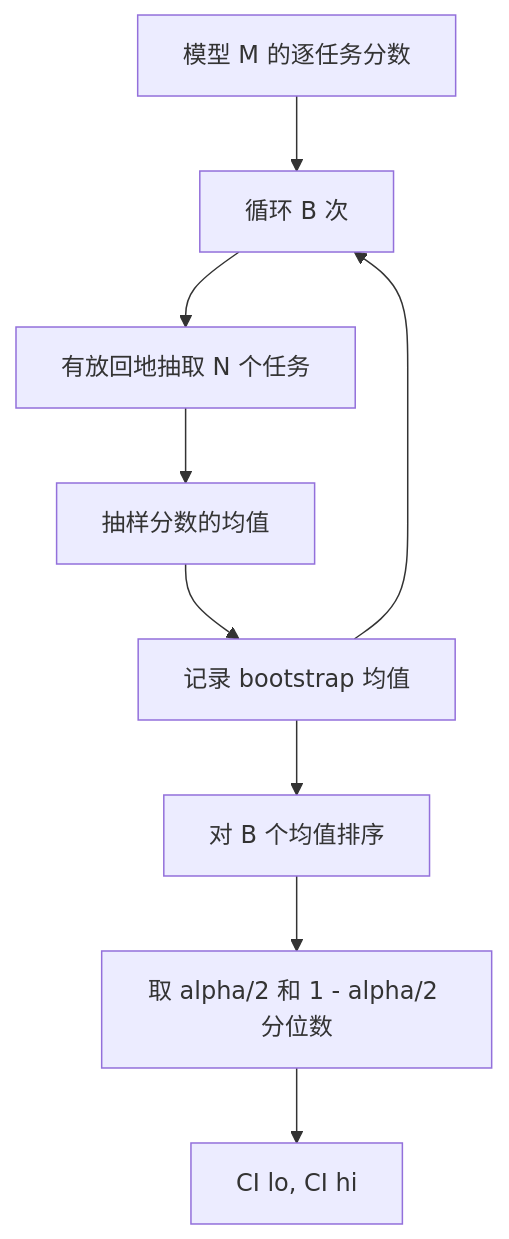
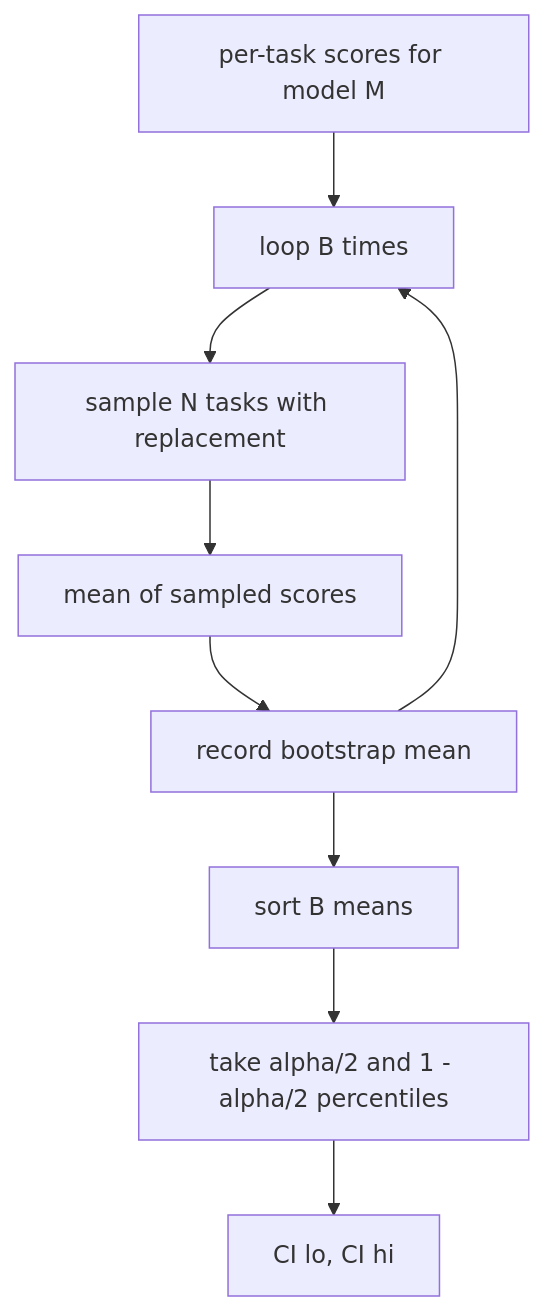
The second of 2 diagrams in i18n/zh/phases/19-capstone-projects/74-leaderboard-aggregation/docs/zh.md (xiaojiaenen/ai-engineering-from-scratch-zh), drawn with Mermaid before and after one commit. The commit also changed other lines of this file and 85 other files, not shown here.

````diff
--- a/i18n/zh/phases/19-capstone-projects/74-leaderboard-aggregation/docs/zh.md
+++ b/i18n/zh/phases/19-capstone-projects/74-leaderboard-aggregation/docs/zh.md
@@ -88,11 +88,11 @@
 ```mermaid
 flowchart TD
-    A[模型 M 的逐任务分数] --> B[循环 B 次]
-    B --> C[有放回地抽取 N 个任务]
-    C --> D[抽样分数的均值]
-    D --> E[记录 bootstrap 均值]
+    A[per-task scores for model M] --> B[loop B times]
+    B --> C[sample N tasks with replacement]
+    C --> D[mean of sampled scores]
+    D --> E[record bootstrap mean]
     E --> B
-    E --> F[对 B 个均值排序]
-    F --> G[取 alpha/2 和 1 - alpha/2 分位数]
+    E --> F[sort B means]
+    F --> G[take alpha/2 and 1 - alpha/2 percentiles]
     G --> H[CI lo, CI hi]
 ```
````
